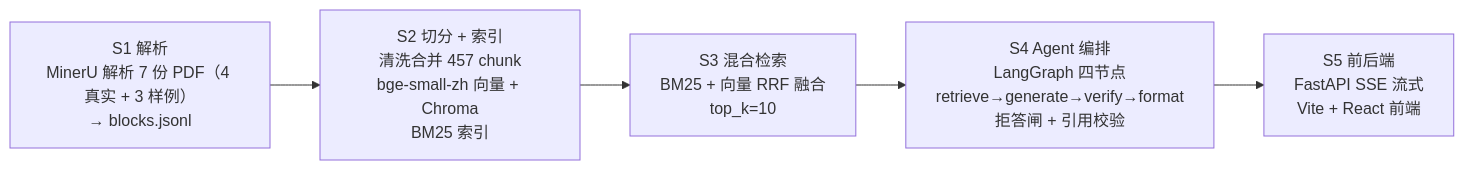
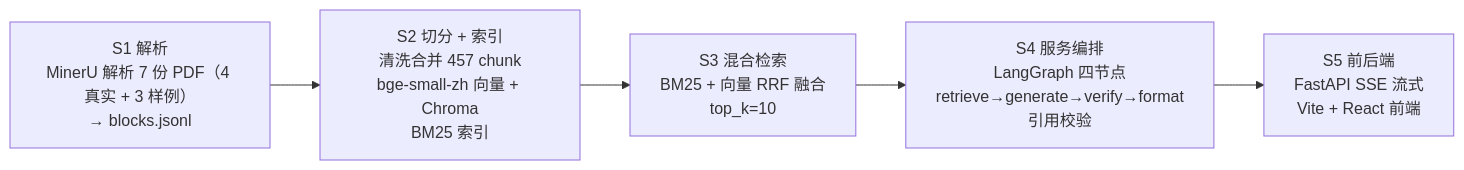
Before and after one commit to Liukrin/machine-AI: the diagram in README.md, drawn with Mermaid. The commit also changed other lines of this file and 1 other file, not shown here.

````diff
--- a/README.md
+++ b/README.md
@@ -19,7 +39,7 @@
 ```mermaid
 flowchart LR
     A["S1 解析<br/>MinerU 解析 7 份 PDF（4 真实 + 3 样例）<br/>→ blocks.jsonl"] --> B["S2 切分 + 索引<br/>清洗合并 457 chunk<br/>bge-small-zh 向量 + Chroma<br/>BM25 索引"]
     B --> C["S3 混合检索<br/>BM25 + 向量 RRF 融合<br/>top_k=10"]
-    C --> D["S4 Agent 编排<br/>LangGraph 四节点<br/>retrieve→generate→verify→format<br/>拒答闸 + 引用校验"]
+    C --> D["S4 服务编排<br/>LangGraph 四节点<br/>retrieve→generate→verify→format<br/>引用校验"]
     D --> E["S5 前后端<br/>FastAPI SSE 流式<br/>Vite + React 前端"]
 ```
````
